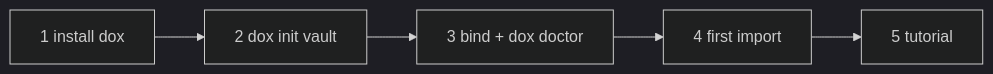
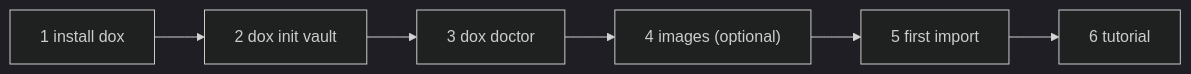
One commit to Token-Smelter/doxagon changed the diagram in AGENTS.md. Above: the diagram before and after it, drawn with Mermaid (dark theme). The commit also changed other lines of this file and 12 other files, not shown here.

````diff
--- a/AGENTS.md
+++ b/AGENTS.md
@@ -12,7 +12,8 @@
 ```mermaid
 flowchart LR
   A["1 install dox"] --> B["2 dox init vault"]
-  B --> C["3 bind + dox doctor"]
-  C --> D["4 first import"]
-  D --> E["5 tutorial"]
+  B --> C["3 dox doctor"]
+  C --> I["4 images (optional)"]
+  I --> D["5 first import"]
+  D --> E["6 tutorial"]
 ```
````
